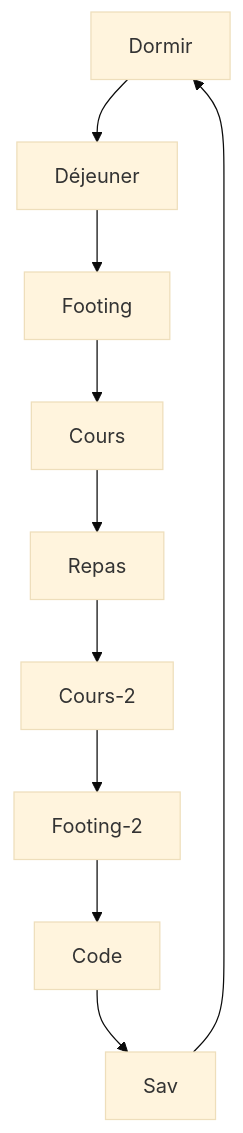
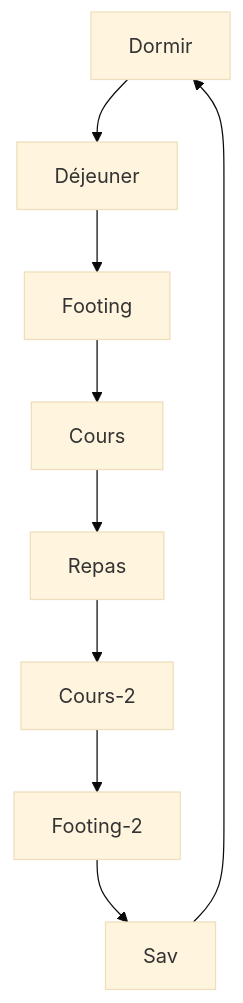
The diagram in README.md (XStorm-official/XStorm), drawn with Mermaid (base theme) before and after one commit.

````diff
--- a/README.md
+++ b/README.md
@@ -23,12 +23,11 @@
 ```mermaid
   graph TD;
       Dormir-->Déjeuner;
       Déjeuner-->Footing;
       Footing-->Cours;
       Cours-->Repas;
       Repas-->Cours-2;
       Cours-2-->Footing-2;
-      Footing-2-->Code;
-      Code-->Sav;
+      Footing-2-->Sav;
       Sav-->Dormir;
 ```
````
